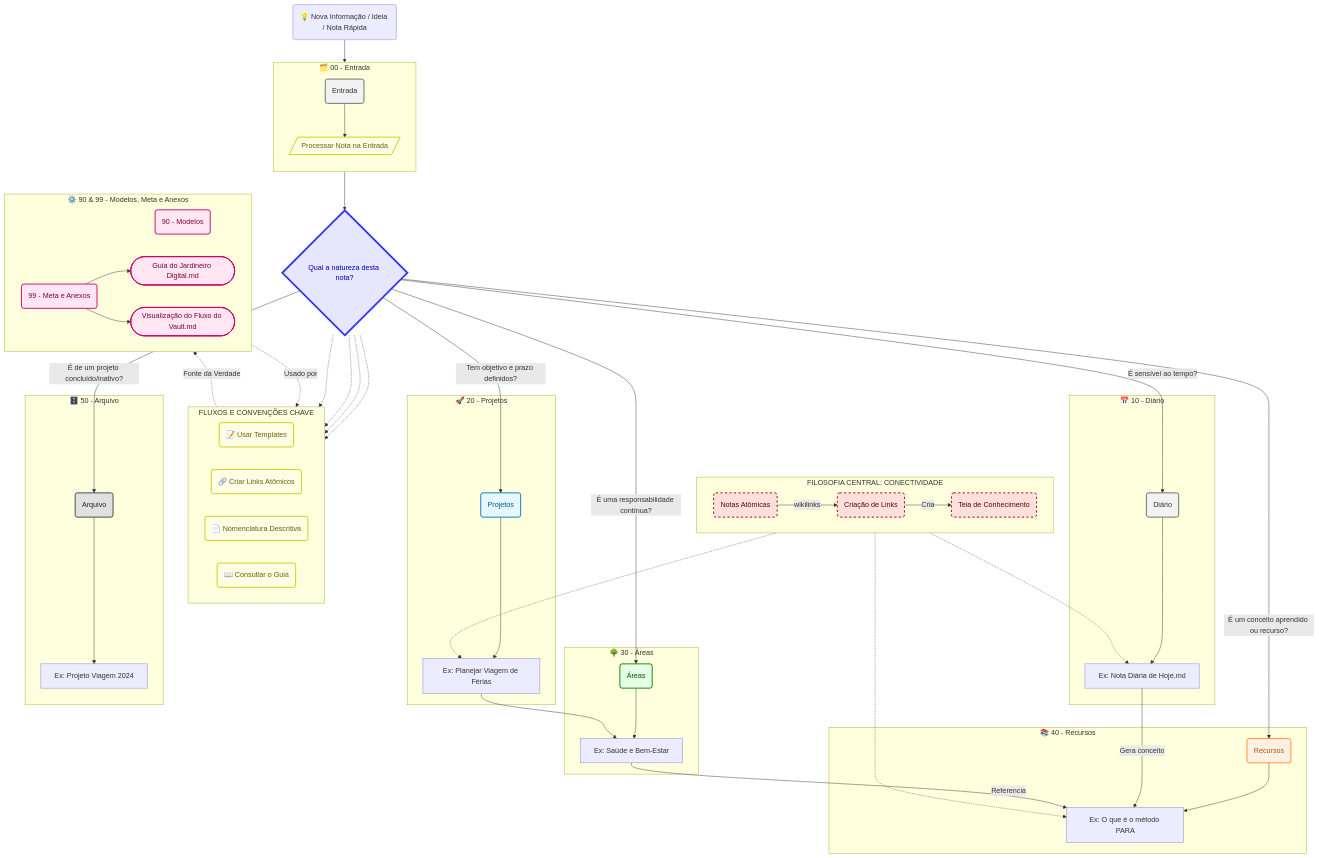
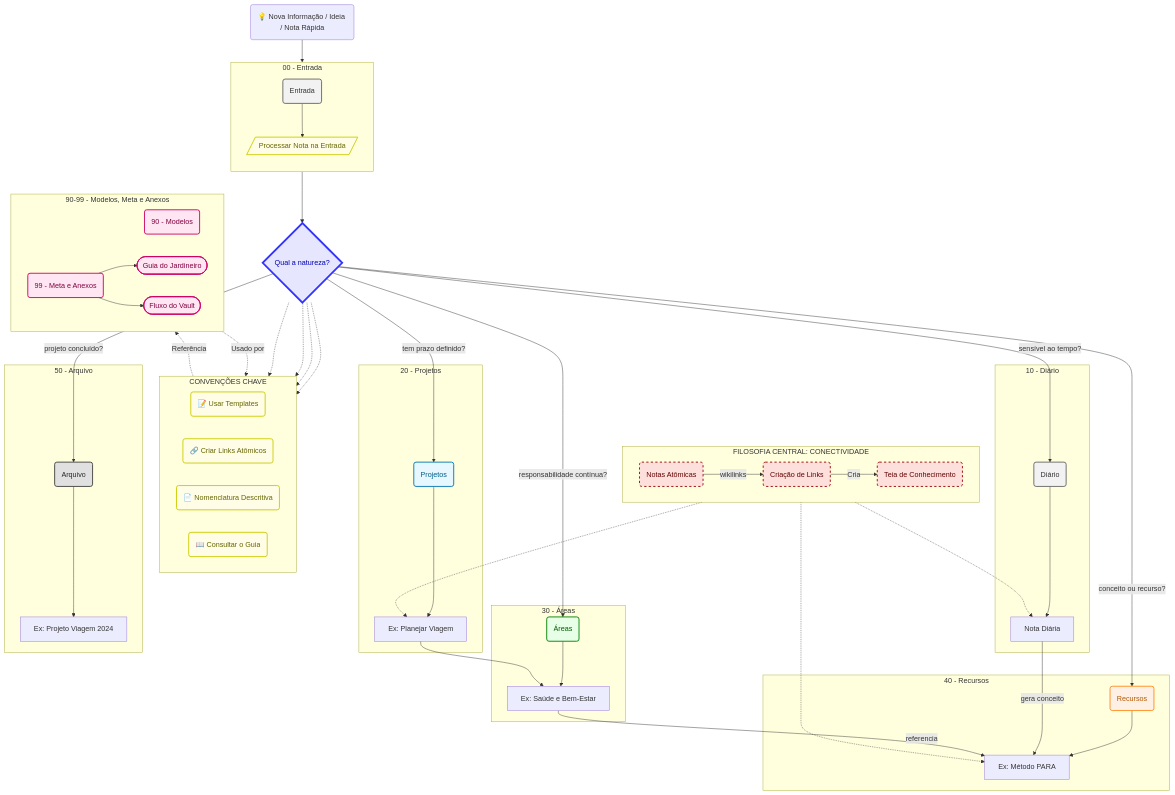
One commit to aretw0/vault-seed changed the diagram in 99 - Meta e Anexos/Diagramas/.templates/vault-flow.t.md. Above: the diagram before and after it, drawn with Mermaid. The commit also changed other lines of this file and 7 other files, not shown here.

First line of the commit message:
fix(mermaid): correct diagram syntax in vault notes and templates

````diff
--- a/99 - Meta e Anexos/Diagramas/.templates/vault-flow.t.md
+++ b/99 - Meta e Anexos/Diagramas/.templates/vault-flow.t.md
@@ -4,106 +4,103 @@
 ```mermaid
 flowchart TD
-    %% --- Título do Diagrama e Configuração Global ---
-    %% @title Fluxo de Gestão de Conhecimento (PKM)
-
     %% --- Definições de Estilo de Classe ---
-    classDef inbox fill:#f2f2f2,stroke:#666,stroke-width:2px,color:#333
+    classDef inbox    fill:#f2f2f2,stroke:#666,stroke-width:2px,color:#333
     classDef projects fill:#e6f7ff,stroke:#0077b3,stroke-width:2px,color:#005c8a
-    classDef areas fill:#e6ffe6,stroke:#008000,stroke-width:2px,color:#005900
+    classDef areas    fill:#e6ffe6,stroke:#008000,stroke-width:2px,color:#005900
     classDef knowledge fill:#fff0e6,stroke:#ff8c1a,stroke-width:2px,color:#b35900
     classDef archives fill:#e0e0e0,stroke:#404040,stroke-width:2px,color:#262626
-    classDef meta fill:#ffe6f2,stroke:#cc0066,stroke-width:2px,color:#800040
-    classDef action fill:#fffde6,stroke:#cccc00,stroke-width:2px,color:#666600
+    classDef meta     fill:#ffe6f2,stroke:#cc0066,stroke-width:2px,color:#800040
+    classDef action   fill:#fffde6,stroke:#cccc00,stroke-width:2px,color:#666600
     classDef decision fill:#e6e6ff,stroke:#3333ff,stroke-width:4px,color:#0000b3
-    classDef principle fill:#fde0dc,stroke:#980000,stroke-width:2px,stroke-dasharray:5 5,color:#620000
+    classDef principle fill:#fde0dc,stroke:#980000,stroke-width:2px,stroke-dasharray:5,color:#620000
 
     %% --- Ponto de Partida ---
-    Start("💡 Nova Informação / Ideia / Nota Rápida") --> InboxDir;
+    Start("💡 Nova Informação / Ideia / Nota Rápida") --> InboxDir
 
     %% --- Filosofia Central: Conectividade ---
     subgraph "FILOSOFIA CENTRAL: CONECTIVIDADE"
         direction LR
-        P1(Notas Atômicas):::principle
-        P2(Criação de Links):::principle
-        P3(Teia de Conhecimento):::principle
+        P1("Notas Atômicas"):::principle
+        P2("Criação de Links"):::principle
+        P3("Teia de Conhecimento"):::principle
         P1 -- "wikilinks" --> P2 -- "Cria" --> P3
     end
 
     %% --- Entrada: Ponto de Captura ---
-    subgraph "🗂️ 00 - Entrada"
+    subgraph "00 - Entrada"
         direction TB
-        InboxDir(Entrada):::inbox
+        InboxDir("Entrada"):::inbox
         ProcessNote[/"Processar Nota na Entrada"/]:::action
         InboxDir --> ProcessNote
     end
 
     %% --- Hub Principal de Processamento e Decisão ---
-    ProcessNote --> MainDecision{"Qual a natureza desta nota?"}:::decision;
+    ProcessNote --> MainDecision{"Qual a natureza?"}:::decision
 
     %% --- Fluxos e Convenções Chave ---
-    subgraph "FLUXOS E CONVENÇÕES CHAVE"
+    subgraph "CONVENÇÕES CHAVE"
         direction RL
-        KW1(📝 Usar Templates):::action
-        KW2(🔗 Criar Links Atômicos):::action
-        KW3(📄 Nomenclatura Descritiva):::action
-        KW4(📖 Consultar o Guia):::action
+        KW1("📝 Usar Templates"):::action
+        KW2("🔗 Criar Links Atômicos"):::action
+        KW3("📄 Nomenclatura Descritiva"):::action
+        KW4("📖 Consultar o Guia"):::action
     end
 
     %% --- Ligando Fluxos ao Processo ---
-    MainDecision -.-> KW1 & KW2 & KW3 & KW4;
+    MainDecision -.-> KW1 & KW2 & KW3 & KW4
 
     %% --- Ramificações de Pastas (Método PARA) ---
-    MainDecision -- "É sensível ao tempo?" --> DailyDir;
-    MainDecision -- "Tem objetivo e prazo definidos?" --> ProjectsDir;
-    MainDecision -- "É uma responsabilidade contínua?" --> AreasDir;
-    MainDecision -- "É um conceito aprendido ou recurso?" --> KnowledgeDir;
-    MainDecision -- "É de um projeto concluído/inativo?" --> ArchivesDir;
+    MainDecision -- "sensível ao tempo?" --> DailyDir
+    MainDecision -- "tem prazo definido?" --> ProjectsDir
+    MainDecision -- "responsabilidade contínua?" --> AreasDir
+    MainDecision -- "conceito ou recurso?" --> KnowledgeDir
+    MainDecision -- "projeto concluído?" --> ArchivesDir
 
-    subgraph "📅 10 - Diário"
-        DailyDir(Diário):::inbox
-        Note_Daily["Ex: Nota Diária de Hoje.md"]
+    subgraph "10 - Diário"
+        DailyDir("Diário"):::inbox
+        Note_Daily["Nota Diária"]
         DailyDir --> Note_Daily
     end
 
-    subgraph "🚀 20 - Projetos"
-        ProjectsDir(Projetos):::projects
-        Project_A["Ex: Planejar Viagem de Férias"]
+    subgraph "20 - Projetos"
+        ProjectsDir("Projetos"):::projects
+        Project_A["Ex: Planejar Viagem"]
         ProjectsDir --> Project_A
     end
 
-    subgraph "🌳 30 - Áreas"
-        AreasDir(Áreas):::areas
+    subgraph "30 - Áreas"
+        AreasDir("Áreas"):::areas
         Area_A["Ex: Saúde e Bem-Estar"]
         AreasDir --> Area_A
     end
 
-    subgraph "📚 40 - Recursos"
-        KnowledgeDir(Recursos):::knowledge
-        Concept_A["Ex: O que é o método PARA"]
+    subgraph "40 - Recursos"
+        KnowledgeDir("Recursos"):::knowledge
+        Concept_A["Ex: Método PARA"]
         KnowledgeDir --> Concept_A
     end
 
-    subgraph "🗄️ 50 - Arquivo"
-        ArchivesDir(Arquivo):::archives
+    subgraph "50 - Arquivo"
+        ArchivesDir("Arquivo"):::archives
         CompletedProject["Ex: Projeto Viagem 2024"]
         ArchivesDir --> CompletedProject
     end
 
     %% --- Meta, Modelos e Anexos ---
-    subgraph "⚙️ 90 & 99 - Modelos, Meta e Anexos"
+    subgraph "90-99 - Modelos, Meta e Anexos"
         direction LR
         TemplatesDir("90 - Modelos"):::meta
         MetaDir("99 - Meta e Anexos"):::meta
-        Guia(["Guia do Jardineiro Digital.md"]):::meta
-        Diagrama(["Visualização do Fluxo do Vault.md"]):::meta
+        Guia(["Guia do Jardineiro"]):::meta
+        Diagrama(["Fluxo do Vault"]):::meta
         MetaDir --> Guia & Diagrama
-        KW4 -. "Fonte da Verdade" .-> Guia
+        KW4 -. "Referência" .-> Guia
         TemplatesDir -. "Usado por" .-> KW1
     end
 
     %% --- Conexões Finais ---
     Project_A --> Area_A
-    Note_Daily -- "Gera conceito" --> Concept_A
-    Area_A -- "Referencia" --> Concept_A
+    Note_Daily -- "gera conceito" --> Concept_A
+    Area_A -- "referencia" --> Concept_A
     P2 -.-> Concept_A & Note_Daily & Project_A
 ```
````
